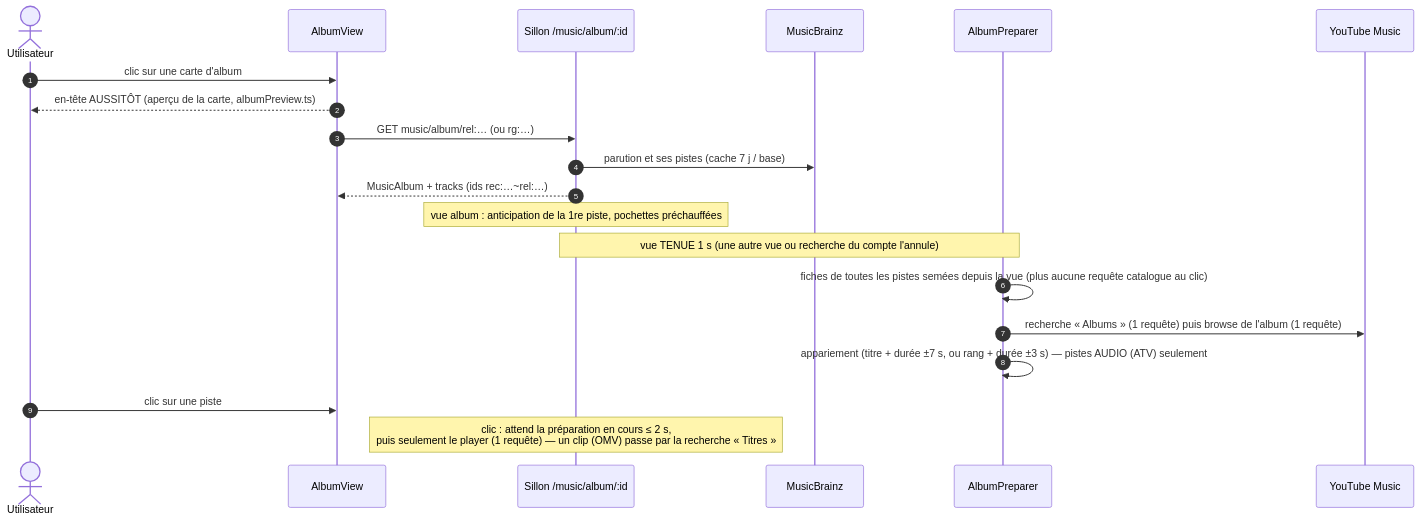
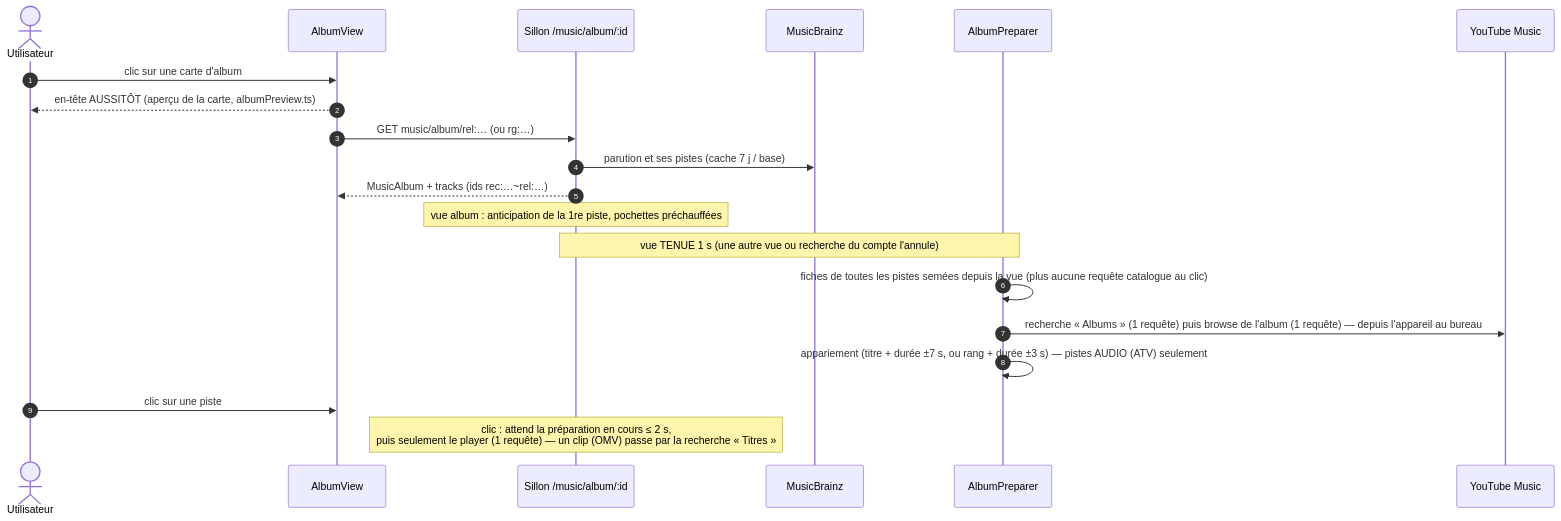
One commit to Knaox/Tentacle-TV changed the sixth of 8 diagrams in docs/octave/CARTOGRAPHIE.md. Above: the diagram before and after it, drawn with Mermaid. The commit also changed other lines of this file and 1 other file, not shown here.

Commit message:
docs(octave) : cartographie à jour de l'intégration 886182f61 / b725288 — album et contexte d'appareil, pochettes de toutes les rangées, ListenBrainz sans jeton

````diff
--- a/docs/octave/CARTOGRAPHIE.md
+++ b/docs/octave/CARTOGRAPHIE.md
@@ -488,22 +496,22 @@
 ```mermaid
 sequenceDiagram
   autonumber
   actor U as Utilisateur
   participant V as AlbumView
   participant S as Sillon /music/album/:id
   participant MB as MusicBrainz
   participant AP as AlbumPreparer
   participant YT as YouTube Music
   U->>V: clic sur une carte d'album
   V-->>U: en-tête AUSSITÔT (aperçu de la carte, albumPreview.ts)
   V->>S: GET music/album/rel:… (ou rg:…)
   S->>MB: parution et ses pistes (cache 7 j / base)
   S-->>V: MusicAlbum + tracks (ids rec:…~rel:…)
   Note over S: vue album : anticipation de la 1re piste, pochettes préchauffées
   Note over S,AP: vue TENUE 1 s (une autre vue ou recherche du compte l'annule)
   AP->>AP: fiches de toutes les pistes semées depuis la vue (plus aucune requête catalogue au clic)
-  AP->>YT: recherche « Albums » (1 requête) puis browse de l'album (1 requête)
+  AP->>YT: recherche « Albums » (1 requête) puis browse de l'album (1 requête) — depuis l'appareil au bureau
   AP->>AP: appariement (titre + durée ±7 s, ou rang + durée ±3 s) — pistes AUDIO (ATV) seulement
   U->>V: clic sur une piste
   Note over S: clic : attend la préparation en cours ≤ 2 s,<br/>puis seulement le player (1 requête) — un clip (OMV) passe par la recherche « Titres »
 ```
````
